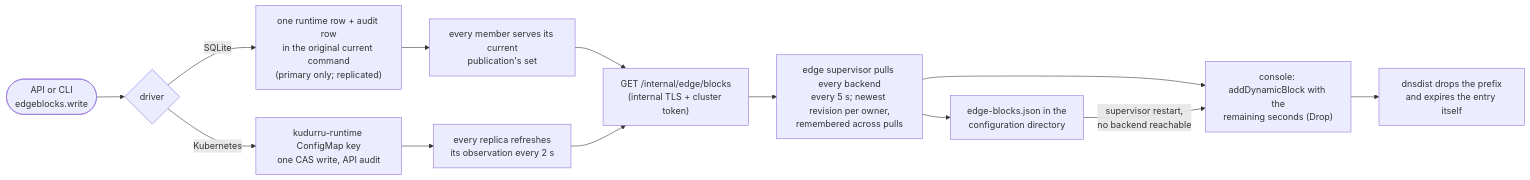
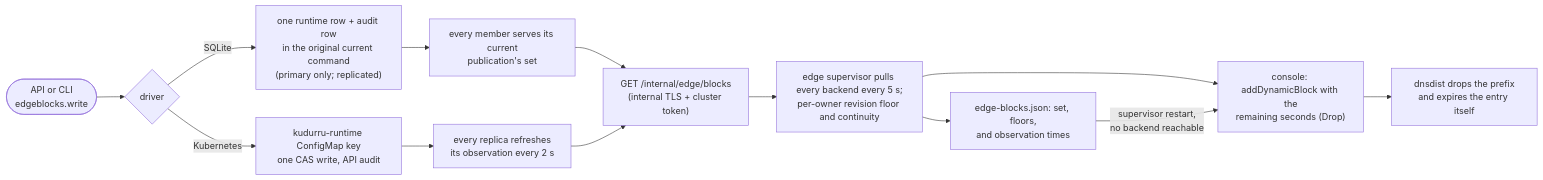
One commit to robertherbaugh/kudurru changed the second of 5 diagrams in docs/architecture/deployment.md. Above: the diagram before and after it, drawn with Mermaid. The commit also changed other lines of this file and 9 other files, not shown here.

Commit message:
Fix edge block restore observation continuity

````diff
--- a/docs/architecture/deployment.md
+++ b/docs/architecture/deployment.md
@@ -317,15 +317,15 @@
 ```mermaid
 flowchart LR
     OP(["API or CLI<br/>edgeblocks.write"]) --> CMD{"driver"}
     CMD -- "SQLite" --> ROW["one runtime row + audit row<br/>in the original current command<br/>(primary only; replicated)"]
     CMD -- "Kubernetes" --> CM["kudurru-runtime ConfigMap key<br/>one CAS write, API audit"]
     ROW --> PUB["every member serves its current<br/>publication's set"]
     CM --> OBS["every replica refreshes<br/>its observation every 2 s"]
     PUB --> INT["GET /internal/edge/blocks<br/>(internal TLS + cluster token)"]
     OBS --> INT
-    INT --> SUP["edge supervisor pulls every backend<br/>every 5 s; newest revision per owner,<br/>remembered across pulls"]
-    SUP --> FILE["edge-blocks.json in the<br/>configuration directory"]
+    INT --> SUP["edge supervisor pulls every backend every 5 s;<br/>per-owner revision floor and continuity"]
+    SUP --> FILE["edge-blocks.json: set, floors,<br/>and observation times"]
     SUP --> CON["console: addDynamicBlock with the<br/>remaining seconds (Drop)"]
     FILE -- "supervisor restart,<br/>no backend reachable" --> CON
     CON --> DD["dnsdist drops the prefix<br/>and expires the entry itself"]
 ```
````
